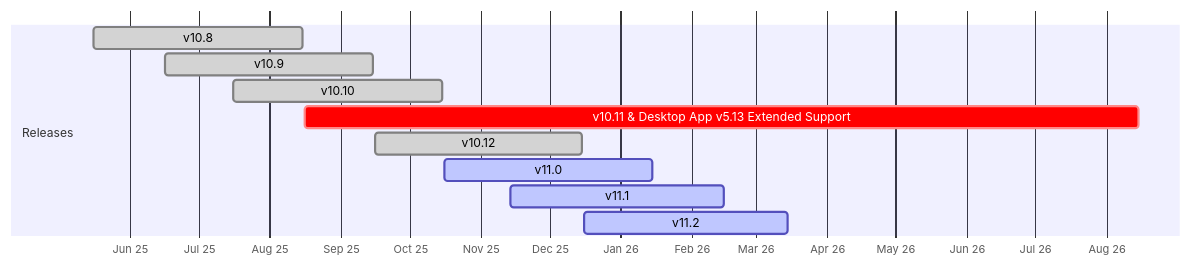
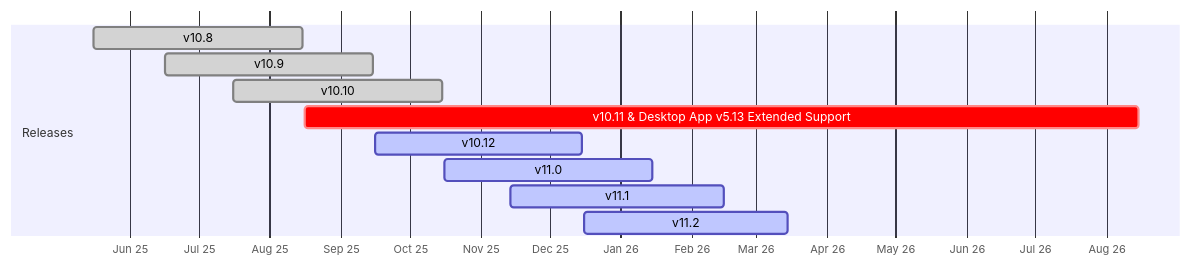
The diagram in source/product-overview/release-policy.md (mattermost/docs), drawn with Mermaid before and after one commit.

````diff
--- a/source/product-overview/release-policy.md
+++ b/source/product-overview/release-policy.md
@@ -44,16 +44,16 @@
 ```{mermaid}
 
 gantt
     dateFormat  YYYY-MM-DD
     axisFormat  %b %y
 
     section Releases
     v10.8                  :done, 2025-05-16, 2025-08-15
     v10.9                  :done, 2025-06-16, 2025-09-15
     v10.10                 :done, 2025-07-16, 2025-10-15
     v10.11 & Desktop App v5.13 Extended Support :crit,    2025-08-16, 2026-08-15
-    v10.12                 :done, 2025-09-16, 2025-12-15
+    v10.12                 :active, 2025-09-16, 2025-12-15
     v11.0                  :active, 2025-10-16, 2026-01-15
     v11.1                  :active, 2025-11-14, 2026-02-15
     v11.2                  :active, 2025-12-16, 2026-03-15
 ```
````
